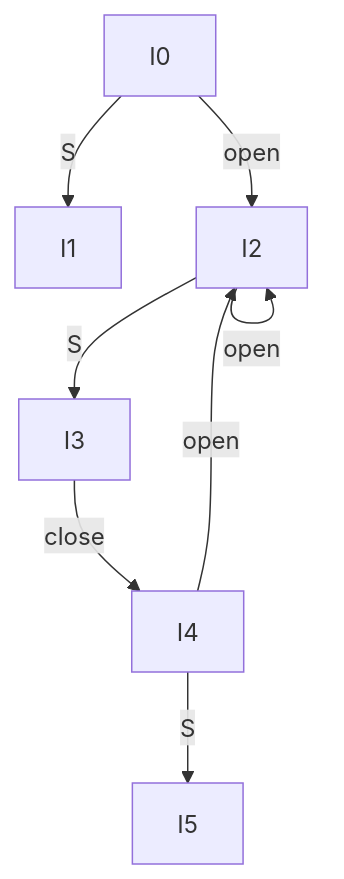
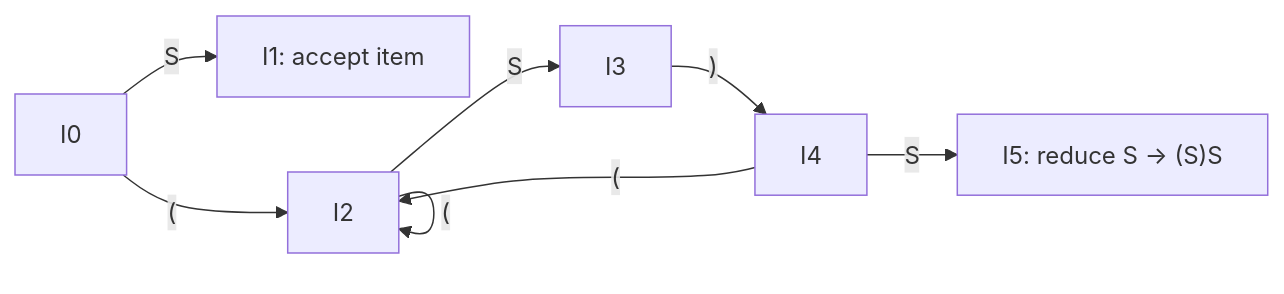
One commit to choisimo/document changed the third of 3 diagrams in content/docs/compiler/parsing/lr-parser.md. Above: the diagram before and after it, drawn with Mermaid. The commit also changed other lines of this file and 432 other files, not shown here.

````diff
--- a/content/docs/compiler/parsing/lr-parser.md
+++ b/content/docs/compiler/parsing/lr-parser.md
@@ -116,10 +120,10 @@
 ```mermaid
-graph TD
-    I0["I0"] -->|S| I1["I1"]
-    I0 -->|open| I2["I2"]
-    I2 -->|S| I3["I3"]
-    I2 -->|open| I2
-    I3 -->|close| I4["I4"]
-    I4 -->|S| I5["I5"]
-    I4 -->|open| I2
+flowchart LR
+    I0[I0] -- S --> I1[I1: accept item]
+    I0 -- "(" --> I2[I2]
+    I2 -- S --> I3[I3]
+    I2 -- "(" --> I2
+    I3 -- ")" --> I4[I4]
+    I4 -- S --> I5["I5: reduce S -> (S)S"]
+    I4 -- "(" --> I2
 ```
````
